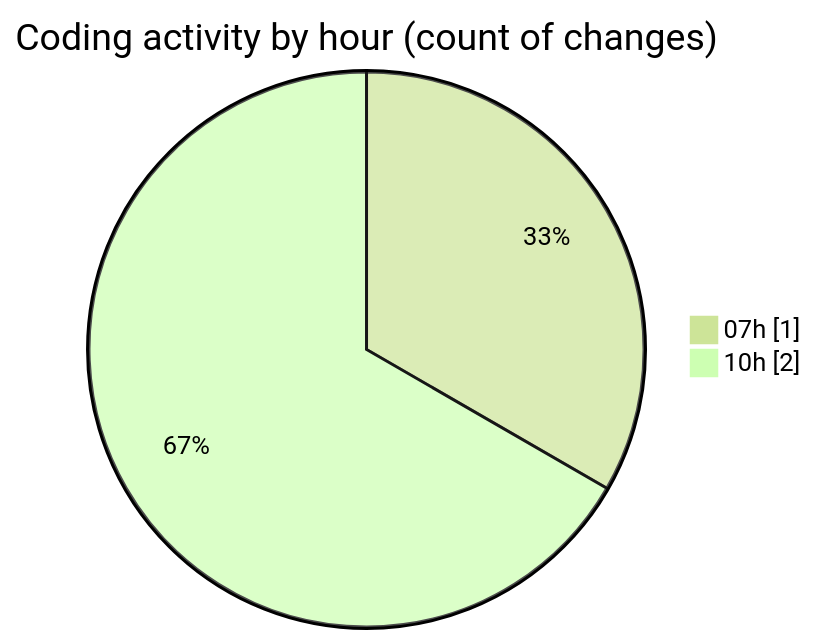
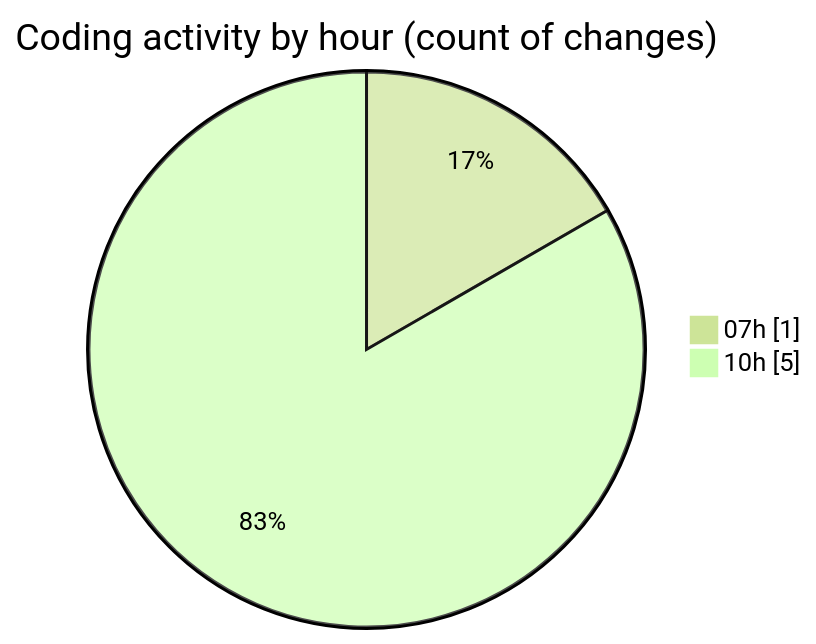
One commit to LanceThiago/code-tracking changed the second of 2 diagrams in 2025-04-29/enre_-_calculadora_de_consumo_v_2022_files/README.md. Above: the diagram before and after it, drawn with Mermaid (forest theme). The commit also changed other lines of this file and 1 other file, not shown here.

````diff
--- a/2025-04-29/enre_-_calculadora_de_consumo_v_2022_files/README.md
+++ b/2025-04-29/enre_-_calculadora_de_consumo_v_2022_files/README.md
@@ -28,6 +28,6 @@
 ```mermaid
 pie showData
 title Coding activity by hour (count of changes)
 "07h" : 1
-"10h" : 2
+"10h" : 5
 ```
````
